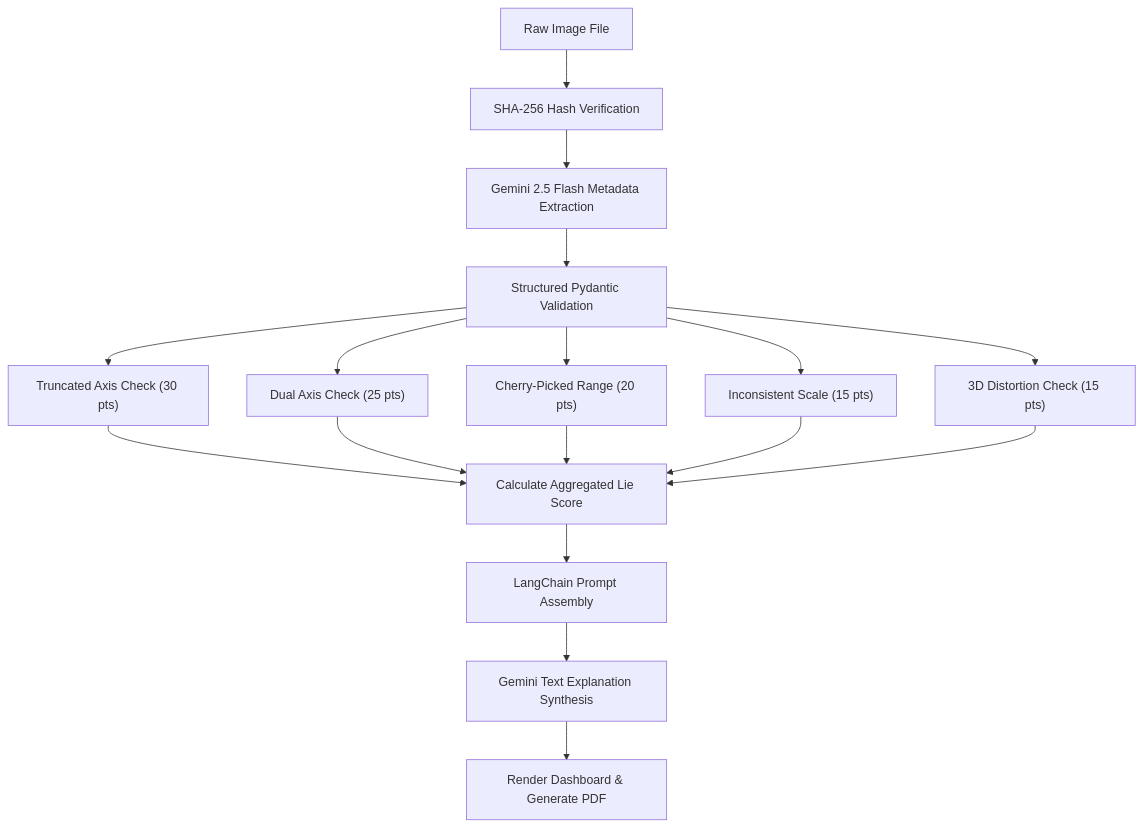
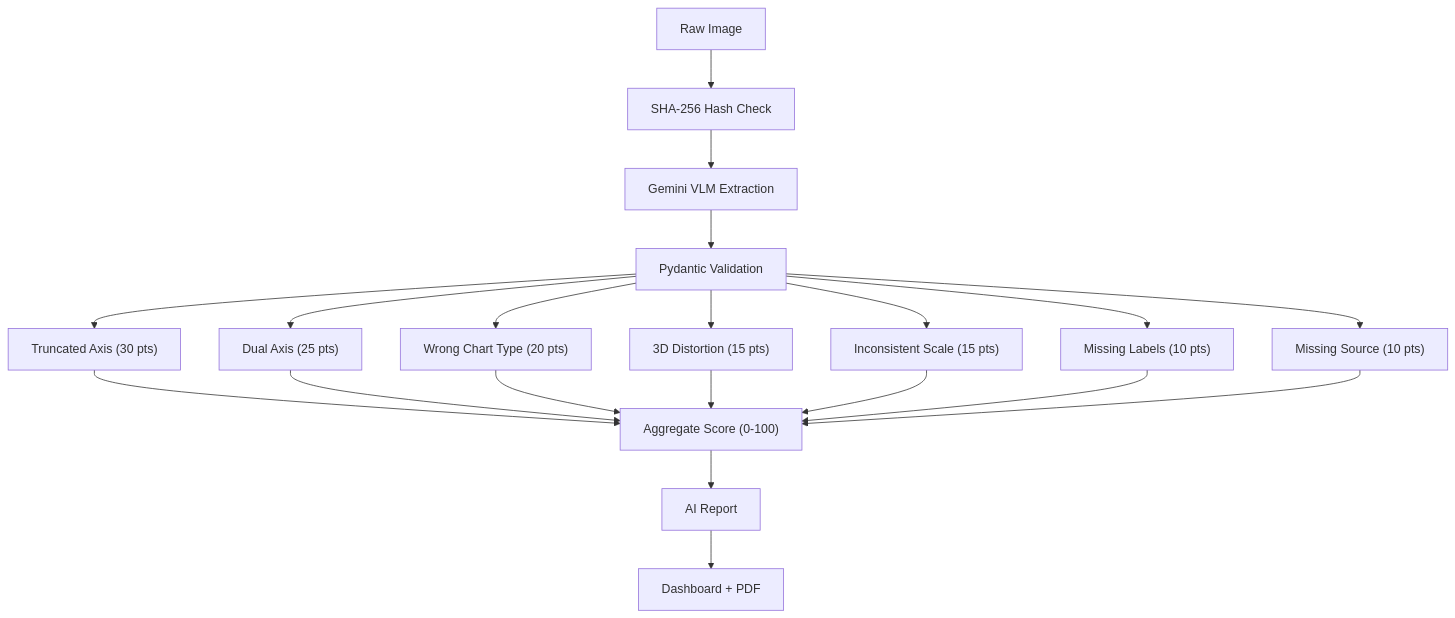
Before and after one commit to mansi-wagh/ChartLie_Detector-AI: the second of 2 diagrams in README.md, drawn with Mermaid. The commit also changed other lines of this file and 11 other files, not shown here.

````diff
--- a/README.md
+++ b/README.md
@@ -132,15 +113,16 @@
 ```mermaid
 flowchart TD
-    A["Raw Image File"] --> B["SHA-256 Hash Verification"]
-    B --> C["Gemini 2.5 Flash Metadata Extraction"]
-    C --> D["Structured Pydantic Validation"]
-    D --> E1["Truncated Axis Check (30 pts)"]
-    D --> E2["Dual Axis Check (25 pts)"]
-    D --> E3["Cherry-Picked Range (20 pts)"]
-    D --> E4["Inconsistent Scale (15 pts)"]
-    D --> E5["3D Distortion Check (15 pts)"]
-    E1 & E2 & E3 & E4 & E5 --> F["Calculate Aggregated Lie Score"]
-    F --> G["LangChain Prompt Assembly"]
-    G --> H["Gemini Text Explanation Synthesis"]
-    H --> I["Render Dashboard & Generate PDF"]
+    A["Raw Image"] --> B["SHA-256 Hash Check"]
+    B --> C["Gemini VLM Extraction"]
+    C --> D["Pydantic Validation"]
+    D --> E1["Truncated Axis (30 pts)"]
+    D --> E2["Dual Axis (25 pts)"]
+    D --> E3["Wrong Chart Type (20 pts)"]
+    D --> E4["3D Distortion (15 pts)"]
+    D --> E5["Inconsistent Scale (15 pts)"]
+    D --> E6["Missing Labels (10 pts)"]
+    D --> E7["Missing Source (10 pts)"]
+    E1 & E2 & E3 & E4 & E5 & E6 & E7 --> F["Aggregate Score (0-100)"]
+    F --> G["AI Report"]
+    G --> H["Dashboard + PDF"]
 ```
````
